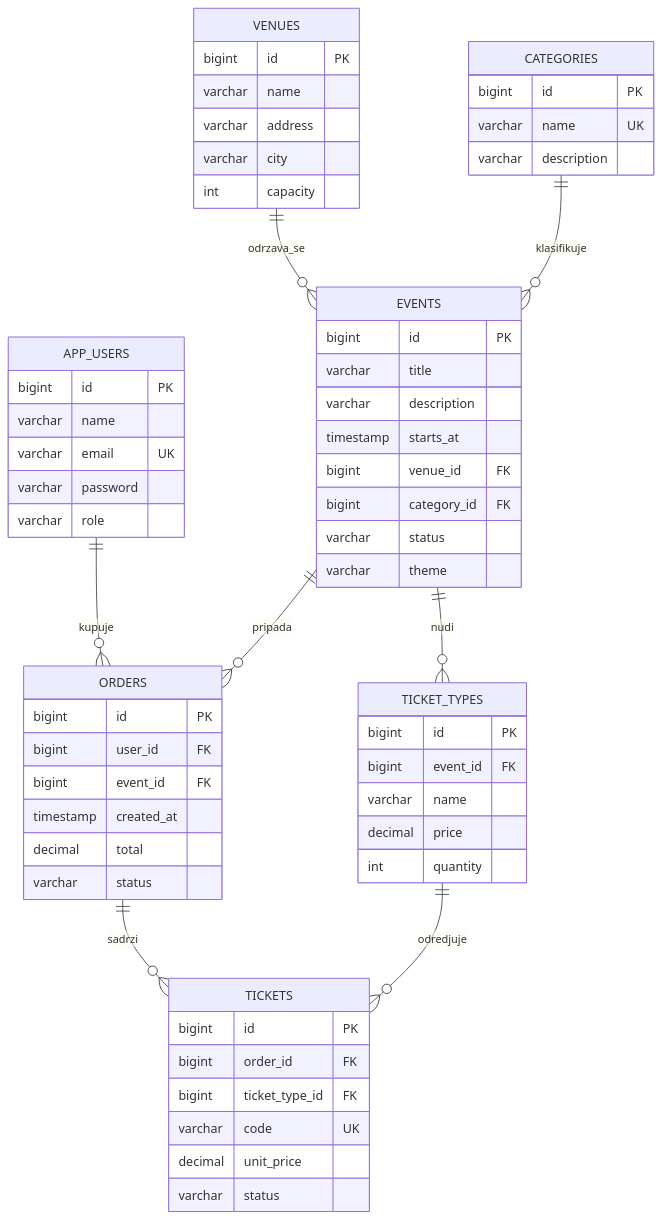
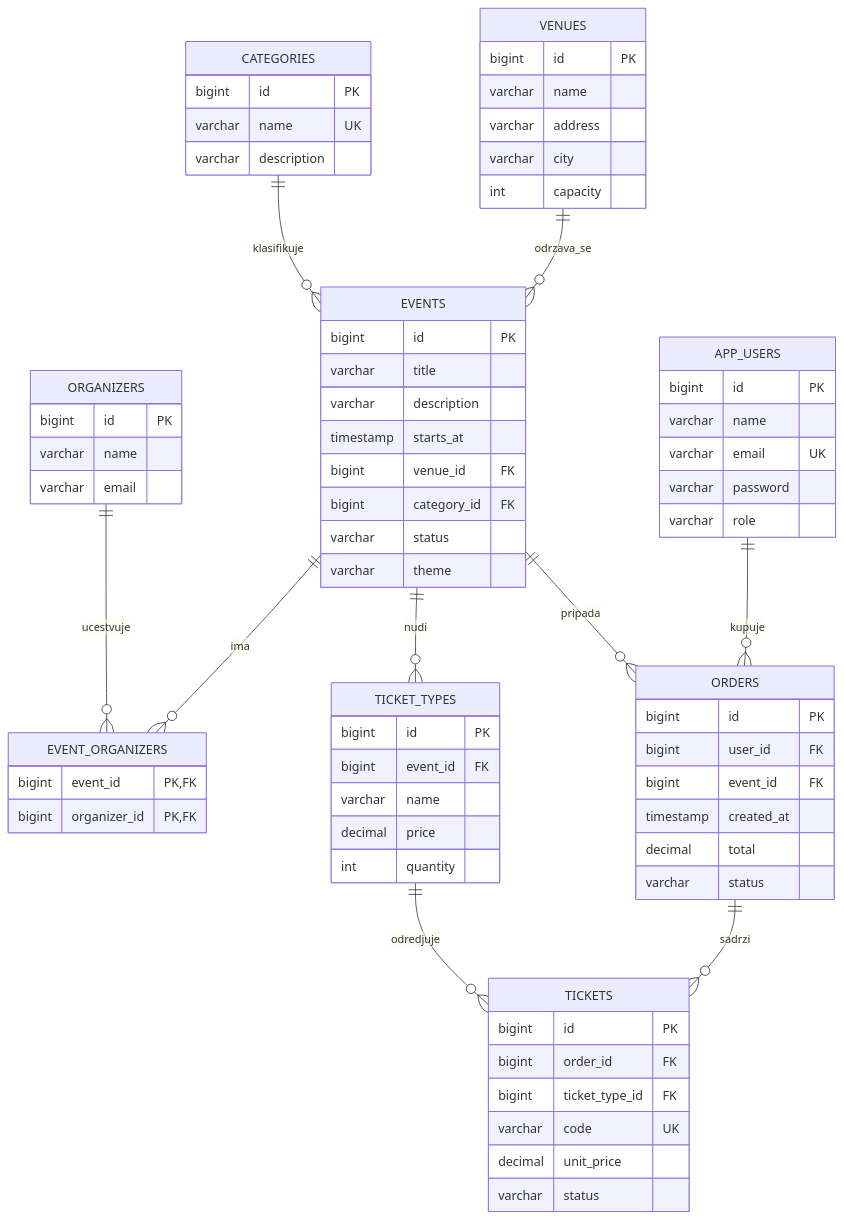
The second of 3 diagrams in docs/PROJEKTNA_DOKUMENTACIJA.md (ToroRossoLGD/eventa), drawn with Mermaid before and after one commit. The commit also changed other lines of this file and 16 other files, not shown here.

Commit message:
Add many-to-many event organizers and remove defense guide

````diff
--- a/docs/PROJEKTNA_DOKUMENTACIJA.md
+++ b/docs/PROJEKTNA_DOKUMENTACIJA.md
@@ -80,62 +80,73 @@
 ```mermaid
 erDiagram
+    EVENTS ||--o{ EVENT_ORGANIZERS : ima
+    ORGANIZERS ||--o{ EVENT_ORGANIZERS : ucestvuje
+    ORGANIZERS {
+        bigint id PK
+        varchar name
+        varchar email
+    }
+    EVENT_ORGANIZERS {
+        bigint event_id PK,FK
+        bigint organizer_id PK,FK
+    }
     APP_USERS ||--o{ ORDERS : kupuje
     VENUES ||--o{ EVENTS : odrzava_se
     CATEGORIES ||--o{ EVENTS : klasifikuje
     EVENTS ||--o{ TICKET_TYPES : nudi
     EVENTS ||--o{ ORDERS : pripada
     ORDERS ||--o{ TICKETS : sadrzi
     TICKET_TYPES ||--o{ TICKETS : odredjuje
     APP_USERS {
         bigint id PK
         varchar name
         varchar email UK
         varchar password
         varchar role
     }
     VENUES {
         bigint id PK
         varchar name
         varchar address
         varchar city
         int capacity
     }
     CATEGORIES {
         bigint id PK
         varchar name UK
         varchar description
     }
     EVENTS {
         bigint id PK
         varchar title
         varchar description
         timestamp starts_at
         bigint venue_id FK
         bigint category_id FK
         varchar status
         varchar theme
     }
     TICKET_TYPES {
         bigint id PK
         bigint event_id FK
         varchar name
         decimal price
         int quantity
     }
     ORDERS {
         bigint id PK
         bigint user_id FK
         bigint event_id FK
         timestamp created_at
         decimal total
         varchar status
     }
     TICKETS {
         bigint id PK
         bigint order_id FK
         bigint ticket_type_id FK
         varchar code UK
         decimal unit_price
         varchar status
     }
 ```
````
